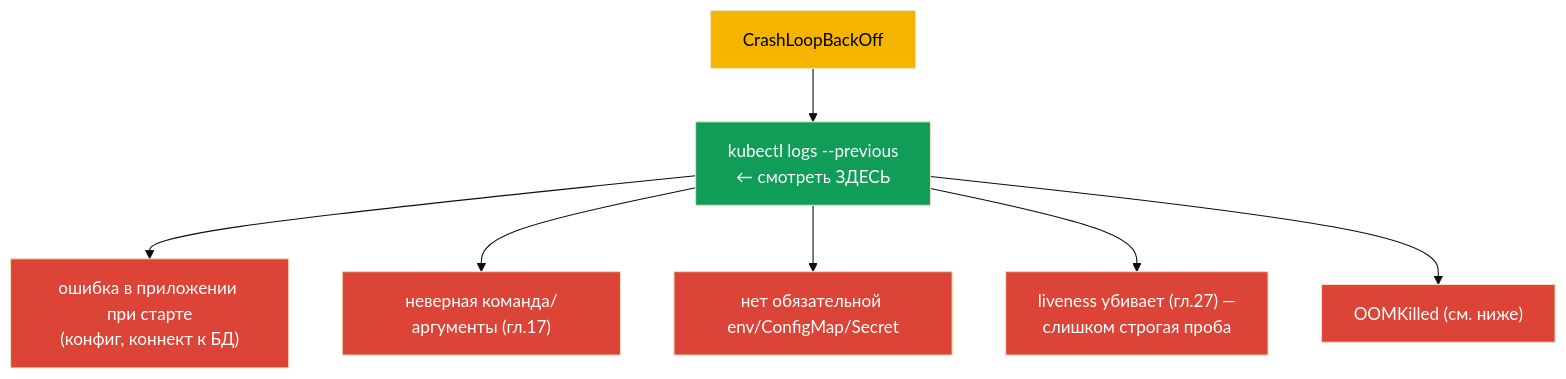
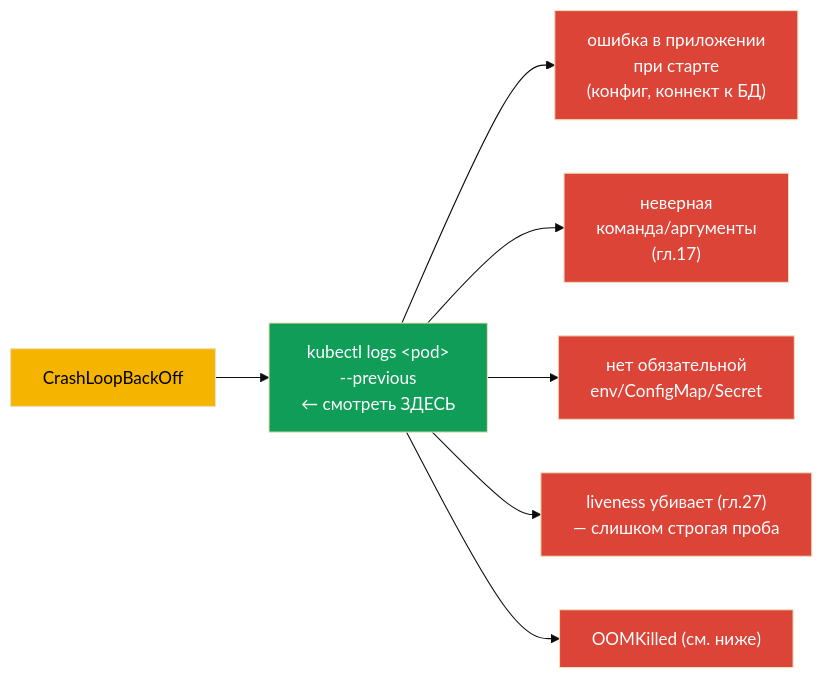
One commit to ViktorUJ/cks changed the fourth of 7 diagrams in tasks/cka/course/44/ru.md. Above: the diagram before and after it, drawn with Mermaid (base theme). The commit also changed other lines of this file and 30 other files, not shown here.

````diff
--- a/tasks/cka/course/44/ru.md
+++ b/tasks/cka/course/44/ru.md
@@ -80,16 +80,16 @@
 ```mermaid
-flowchart TB
-    cl["CrashLoopBackOff"] --> log["kubectl logs <pod> --previous<br>← смотреть ЗДЕСЬ"]
-    log --> c1["ошибка в приложении при старте<br>(конфиг, коннект к БД)"]
-    log --> c2["неверная команда/аргументы (гл.17)"]
-    log --> c3["нет обязательной env/ConfigMap/Secret"]
-    log --> c4["liveness убивает (гл.27) —<br>слишком строгая проба"]
+flowchart LR
+    cl["CrashLoopBackOff"] --> log["kubectl logs &lt;pod&gt;<br>--previous<br>← смотреть ЗДЕСЬ"]
+    log --> c1["ошибка в приложении<br>при старте<br>(конфиг, коннект к БД)"]
+    log --> c2["неверная<br>команда/аргументы<br>(гл.17)"]
+    log --> c3["нет обязательной<br>env/ConfigMap/Secret"]
+    log --> c4["liveness убивает (гл.27)<br>— слишком строгая проба"]
     log --> c5["OOMKilled (см. ниже)"]
     style cl fill:#f4b400,color:#000
     style log fill:#0f9d58,color:#fff
     style c1 fill:#db4437,color:#fff
     style c2 fill:#db4437,color:#fff
     style c3 fill:#db4437,color:#fff
     style c4 fill:#db4437,color:#fff
     style c5 fill:#db4437,color:#fff
 ```
````
